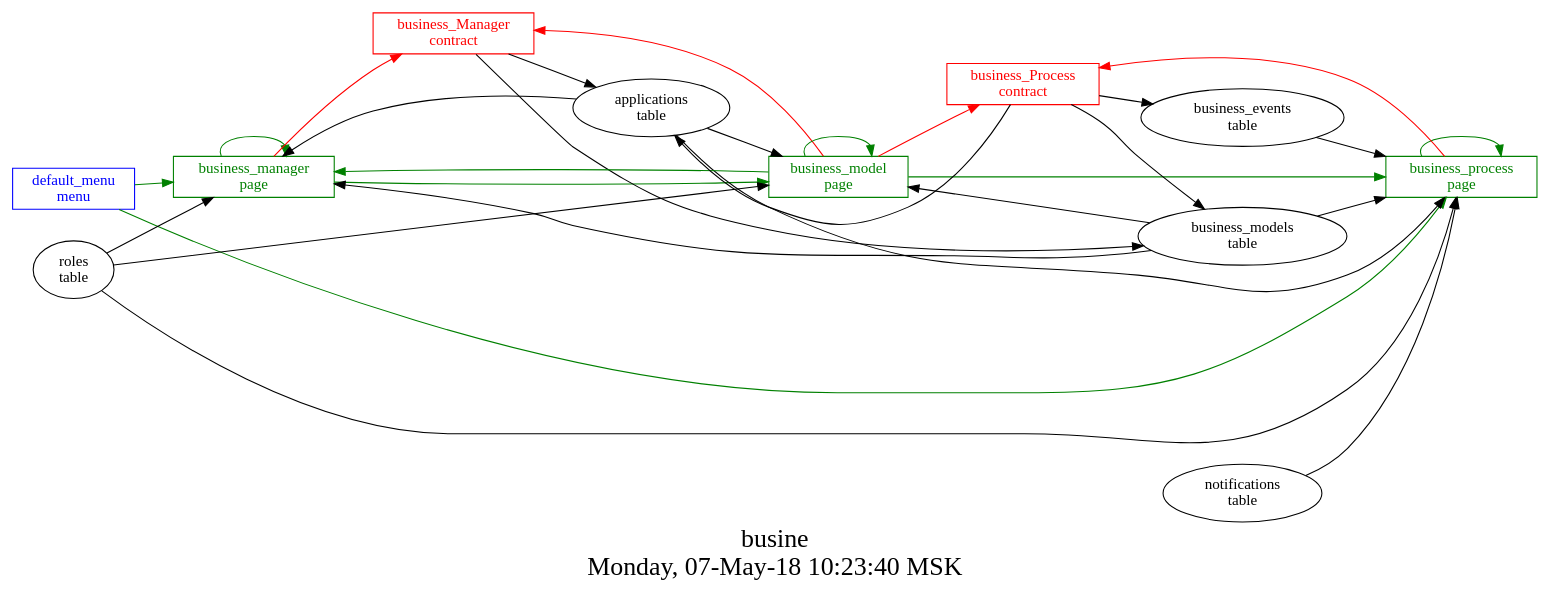
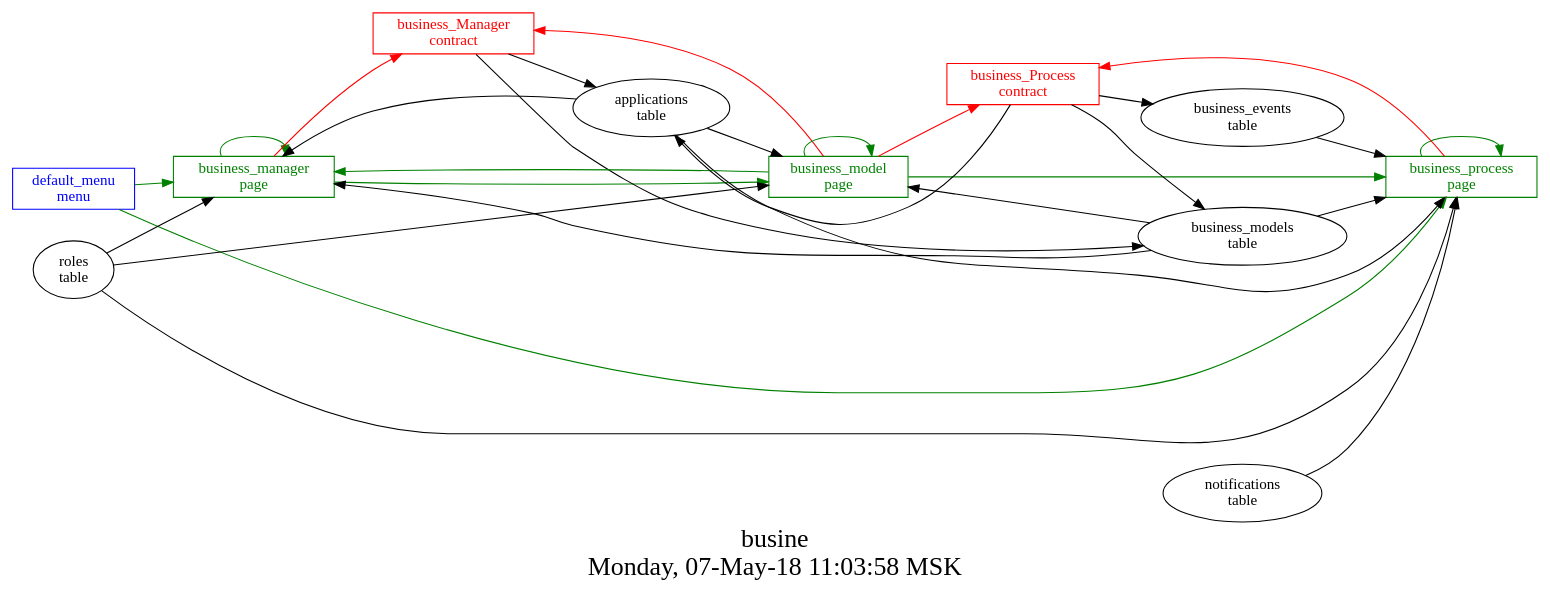
Before and after one commit to AplaProject/apps: the diagram in src/business/struct.dot, drawn with Graphviz. The commit also changed 2 other files, not shown here.

```diff
--- a/src/business/struct.dot
+++ b/src/business/struct.dot
@@ -1,46 +1,46 @@
 digraph G {
 graph [
   fontsize="24";
-  label="busine\nMonday, 07-May-18 10:23:40 MSK";
+  label="busine\nMonday, 07-May-18 11:03:58 MSK";
   nojustify=true;
   ordering=out;
   rankdir=LR;
   size="30";
 ];
 "default_menu\nmenu" -> "business_manager\npage"  [ color=green ]
 "default_menu\nmenu" -> "business_process\npage"  [ color=green ]
 "default_menu\nmenu" [color=blue, fontcolor=blue, group=menus, shape=record];
 "business_manager\npage" -> "business_Manager\ncontract"  [ color=red ]
 "applications\ntable" -> "business_manager\npage"  [ color="" ]
 "roles\ntable" -> "business_manager\npage"  [ color="" ]
 "business_models\ntable" -> "business_manager\npage"  [ color="" ]
 "business_manager\npage" -> "business_model\npage"  [ color=green ]
 "business_manager\npage" -> "business_manager\npage"  [ color=green ]
 "business_manager\npage" [color=green, fontcolor=green, group=pages, shape=record];
 "business_model\npage" -> "business_Process\ncontract"  [ color=red ]
 "business_model\npage" -> "business_Manager\ncontract"  [ color=red ]
 "applications\ntable" -> "business_model\npage"  [ color="" ]
 "business_models\ntable" -> "business_model\npage"  [ color="" ]
 "roles\ntable" -> "business_model\npage"  [ color="" ]
 "business_model\npage" -> "business_manager\npage"  [ color=green ]
 "business_model\npage" -> "business_process\npage"  [ color=green ]
 "business_model\npage" -> "business_model\npage"  [ color=green ]
 "business_model\npage" [color=green, fontcolor=green, group=pages, shape=record];
 "business_process\npage" -> "business_Process\ncontract"  [ color=red ]
 "applications\ntable" -> "business_process\npage"  [ color="" ]
 "notifications\ntable" -> "business_process\npage"  [ color="" ]
 "business_models\ntable" -> "business_process\npage"  [ color="" ]
 "roles\ntable" -> "business_process\npage"  [ color="" ]
 "business_events\ntable" -> "business_process\npage"  [ color="" ]
 "business_process\npage" -> "business_process\npage"  [ color=green ]
 "business_process\npage" [color=green, fontcolor=green, group=pages, shape=record];
 "business_Manager\ncontract" -> "applications\ntable"  [ color="" ]
 "business_Manager\ncontract" -> "business_models\ntable"  [ color="" ]
 "business_Manager\ncontract" [color=red, fontcolor=red, group=contracts, shape=record];
 "business_Process\ncontract" -> "applications\ntable"  [ color="" ]
 "business_Process\ncontract" -> "business_events\ntable"  [ color="" ]
 "business_Process\ncontract" -> "business_models\ntable"  [ color="" ]
 "business_Process\ncontract" [color=red, fontcolor=red, group=contracts, shape=record];
 "business_events\ntable" [color="", fontcolor="", group=tables, shape=""];
 "business_models\ntable" [color="", fontcolor="", group=tables, shape=""];
 }
```
